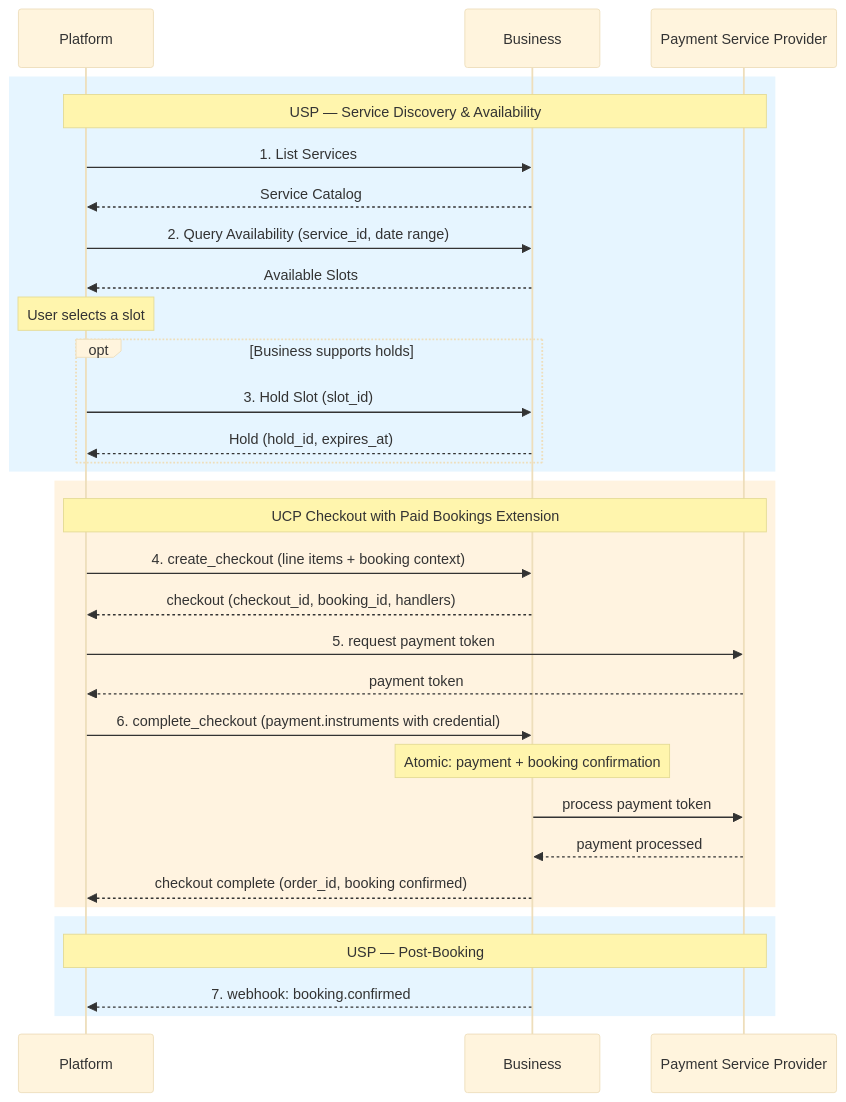
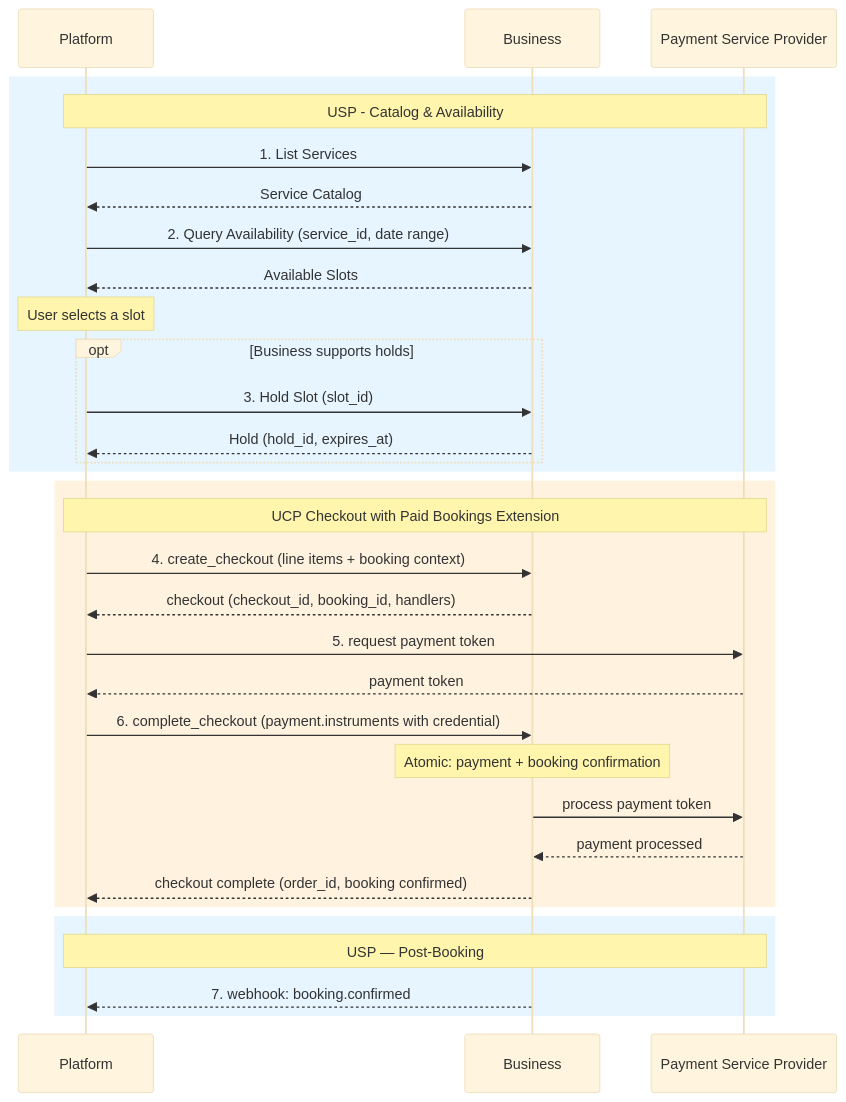
One commit to wix/universal-scheduling-protocol changed the second of 2 diagrams in site-docs/deployment-modes/ucp-native.md. Above: the diagram before and after it, drawn with Mermaid (base theme). The commit also changed other lines of this file and 8 other files, not shown here.

````diff
--- a/site-docs/deployment-modes/ucp-native.md
+++ b/site-docs/deployment-modes/ucp-native.md
@@ -475,37 +475,37 @@
 ```mermaid
 sequenceDiagram
     participant P as Platform
     participant B as Business
     participant PSP as Payment Service Provider
 
     rect rgb(230, 245, 255)
-    Note over P,PSP: USP — Service Discovery & Availability
+    Note over P,PSP: USP - Catalog & Availability
     P->>B: 1. List Services
     B-->>P: Service Catalog
     P->>B: 2. Query Availability (service_id, date range)
     B-->>P: Available Slots
     Note over P: User selects a slot
     opt Business supports holds
     P->>B: 3. Hold Slot (slot_id)
     B-->>P: Hold (hold_id, expires_at)
     end
     end
 
     rect rgb(255, 243, 224)
     Note over P,PSP: UCP Checkout with Paid Bookings Extension
     P->>B: 4. create_checkout (line items + booking context)
     B-->>P: checkout (checkout_id, booking_id, handlers)
     P->>PSP: 5. request payment token
     PSP-->>P: payment token
     P->>B: 6. complete_checkout (payment.instruments with credential)
     Note over B: Atomic: payment + booking confirmation
     B->>PSP: process payment token
     PSP-->>B: payment processed
     B-->>P: checkout complete (order_id, booking confirmed)
     end
 
     rect rgb(230, 245, 255)
     Note over P,PSP: USP — Post-Booking
     B-->>P: 7. webhook: booking.confirmed
     end
 ```
````
